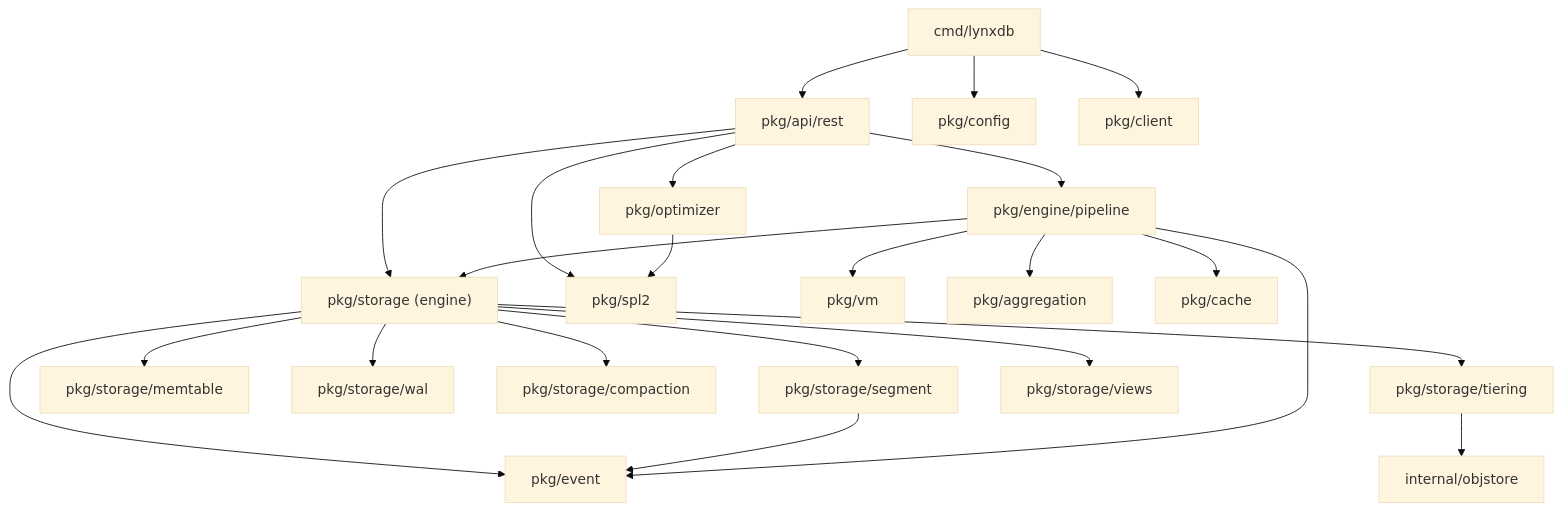
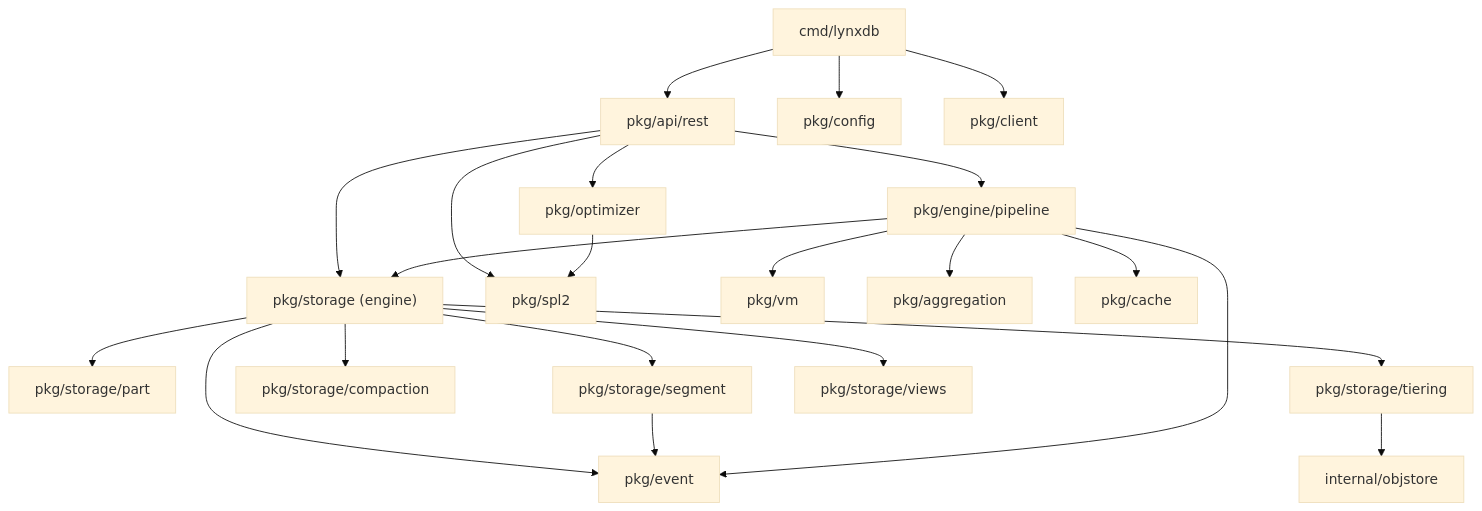
The diagram in docs/site/docs/contributing/project-structure.md (lynxbase/lynxdb), drawn with Mermaid (base theme) before and after one commit. The commit also changed other lines of this file and 86 other files, not shown here.

````diff
--- a/docs/site/docs/contributing/project-structure.md
+++ b/docs/site/docs/contributing/project-structure.md
@@ -269,31 +260,30 @@
 ```mermaid
 flowchart TD
     CMD["cmd/lynxdb"] --> API["pkg/api/rest"]
     CMD --> CONFIG["pkg/config"]
     CMD --> CLIENT["pkg/client"]
 
     API --> ENGINE["pkg/storage (engine)"]
     API --> SPL2["pkg/spl2"]
     API --> PIPELINE["pkg/engine/pipeline"]
     API --> OPTIMIZER["pkg/optimizer"]
 
     PIPELINE --> VM["pkg/vm"]
     PIPELINE --> ENGINE
     PIPELINE --> AGG["pkg/aggregation"]
     PIPELINE --> CACHE["pkg/cache"]
 
     OPTIMIZER --> SPL2
 
+    ENGINE --> PART["pkg/storage/part"]
     ENGINE --> SEGMENT["pkg/storage/segment"]
-    ENGINE --> MEMTABLE["pkg/storage/memtable"]
-    ENGINE --> WAL["pkg/storage/wal"]
     ENGINE --> COMPACTION["pkg/storage/compaction"]
     ENGINE --> TIERING["pkg/storage/tiering"]
     ENGINE --> VIEWS["pkg/storage/views"]
 
     TIERING --> OBJSTORE["internal/objstore"]
 
     ENGINE --> EVENT["pkg/event"]
     SEGMENT --> EVENT
     PIPELINE --> EVENT
 ```
````
